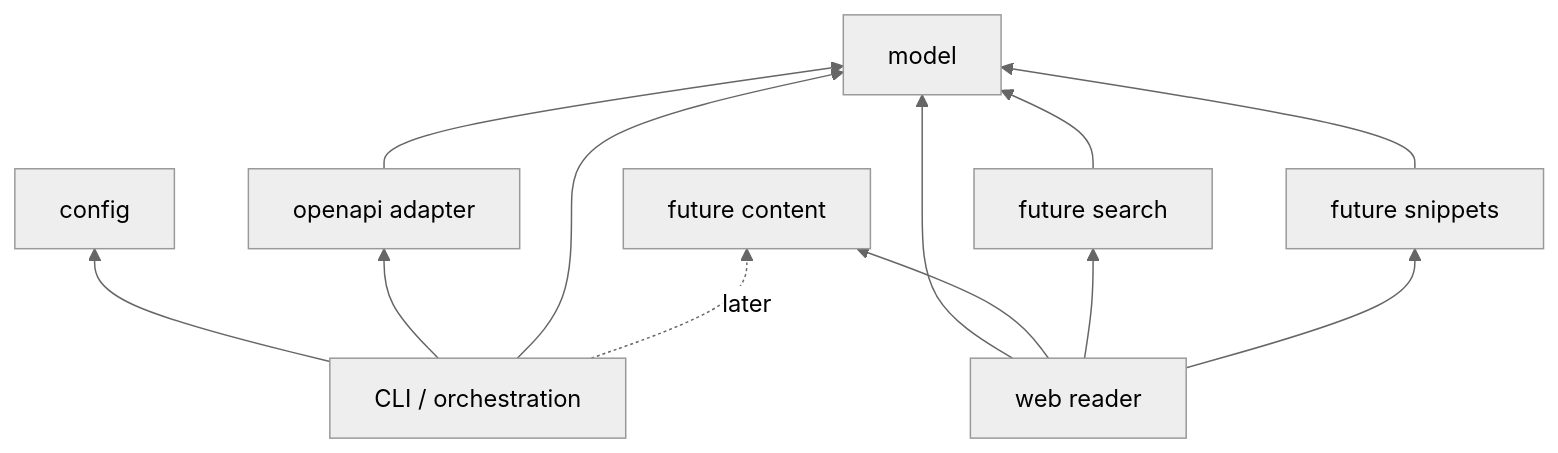
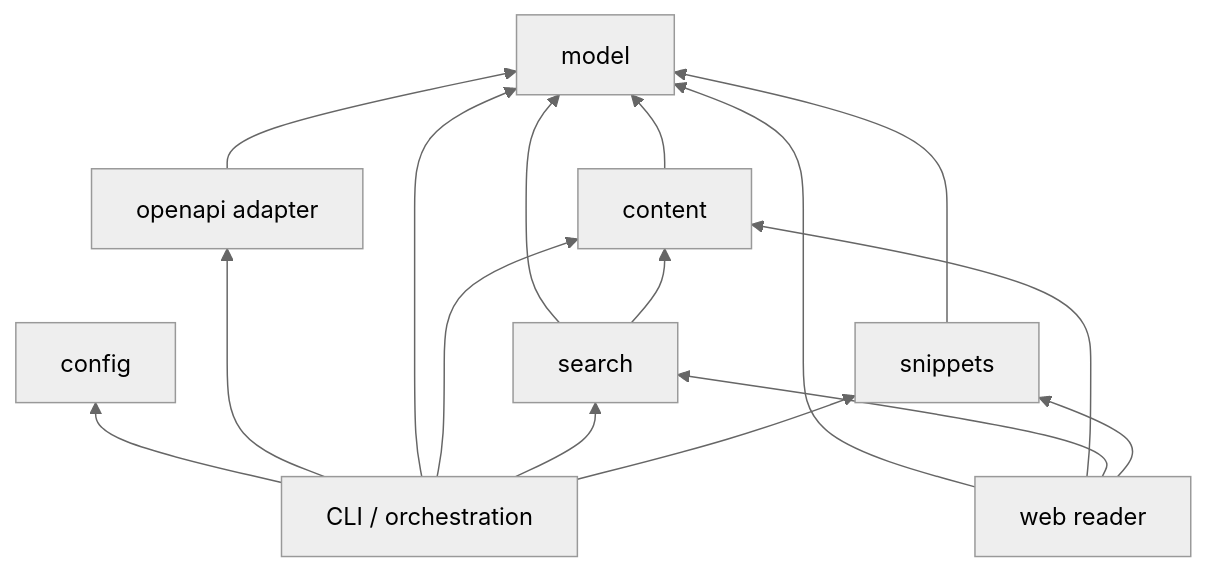
One commit to yannisyoussef/specistry changed the third of 10 diagrams in docs/architecture/README.md. Above: the diagram before and after it, drawn with Mermaid (neutral theme). The commit also changed other lines of this file and 13 other files, not shown here.

````diff
--- a/docs/architecture/README.md
+++ b/docs/architecture/README.md
@@ -59,17 +59,20 @@
 ```mermaid
 flowchart BT
   Model["model"]
   OpenAPI["openapi adapter"] --> Model
   Config["config"]
-  FutureSearch["future search"] --> Model
-  FutureSnippets["future snippets"] --> Model
-  FutureContent["future content"]
+  Content["content"] --> Model
+  Search["search"] --> Model
+  Search --> Content
+  Snippets["snippets"] --> Model
   Web["web reader"] --> Model
-  Web --> FutureContent
-  Web --> FutureSearch
-  Web --> FutureSnippets
+  Web --> Content
+  Web --> Search
+  Web --> Snippets
   CLI["CLI / orchestration"] --> Config
   CLI --> OpenAPI
   CLI --> Model
-  CLI -. "later" .-> FutureContent
+  CLI --> Content
+  CLI --> Search
+  CLI --> Snippets
 ```
````
